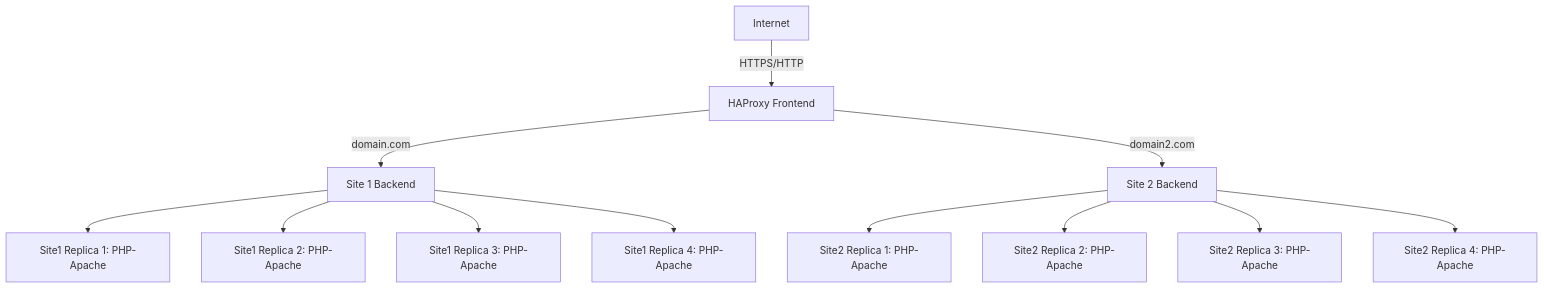
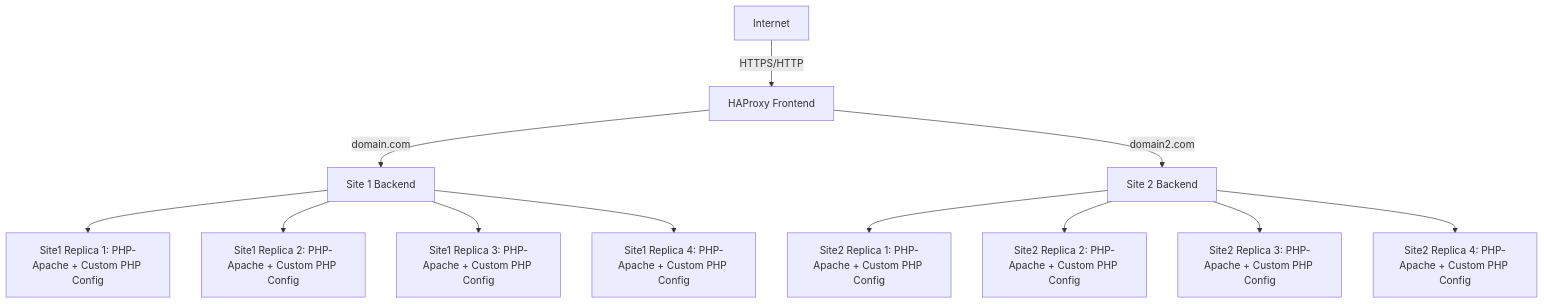
One commit to ugurcomptech/Docker-Web-Architecture changed the diagram in README.md. Above: the diagram before and after it, drawn with Mermaid. The commit also changed other lines of this file, not shown here.

````diff
--- a/README.md
+++ b/README.md
@@ -106,16 +134,16 @@
 ```mermaid
 flowchart TD
     A[Internet] -->|HTTPS/HTTP| B[HAProxy Frontend]
 
     B -->|domain.com| C[Site 1 Backend]
-    C --> site1_1[Site1 Replica 1: PHP-Apache]
-    C --> site1_2[Site1 Replica 2: PHP-Apache]
-    C --> site1_3[Site1 Replica 3: PHP-Apache]
-    C --> site1_4[Site1 Replica 4: PHP-Apache]
+    C --> site1_1[Site1 Replica 1: PHP-Apache + Custom PHP Config]
+    C --> site1_2[Site1 Replica 2: PHP-Apache + Custom PHP Config]
+    C --> site1_3[Site1 Replica 3: PHP-Apache + Custom PHP Config]
+    C --> site1_4[Site1 Replica 4: PHP-Apache + Custom PHP Config]
 
     B -->|domain2.com| D[Site 2 Backend]
-    D --> site2_1[Site2 Replica 1: PHP-Apache]
-    D --> site2_2[Site2 Replica 2: PHP-Apache]
-    D --> site2_3[Site2 Replica 3: PHP-Apache]
-    D --> site2_4[Site2 Replica 4: PHP-Apache]
+    D --> site2_1[Site2 Replica 1: PHP-Apache + Custom PHP Config]
+    D --> site2_2[Site2 Replica 2: PHP-Apache + Custom PHP Config]
+    D --> site2_3[Site2 Replica 3: PHP-Apache + Custom PHP Config]
+    D --> site2_4[Site2 Replica 4: PHP-Apache + Custom PHP Config]
 ```
````
